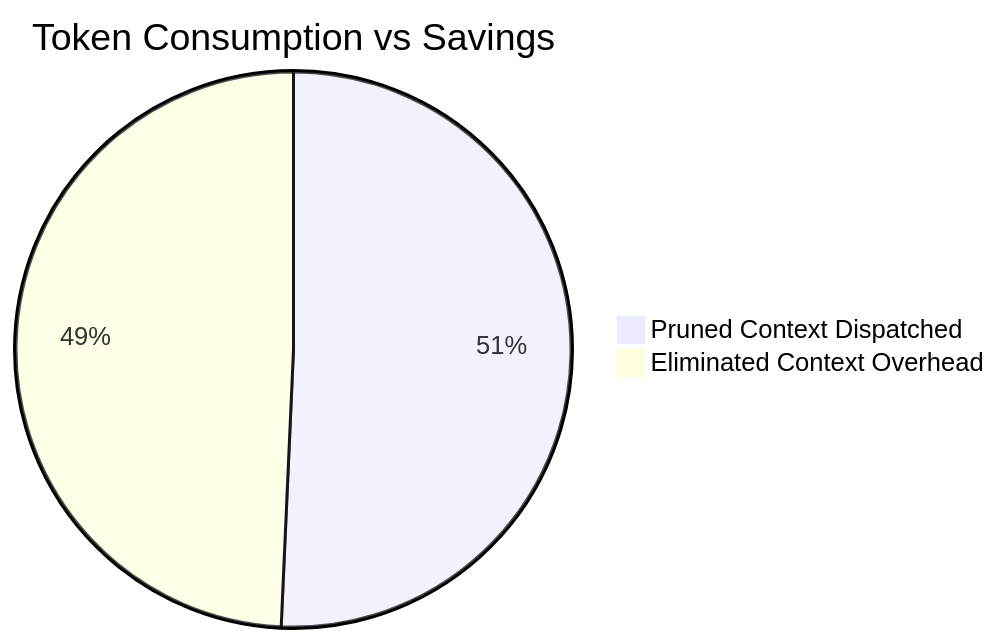
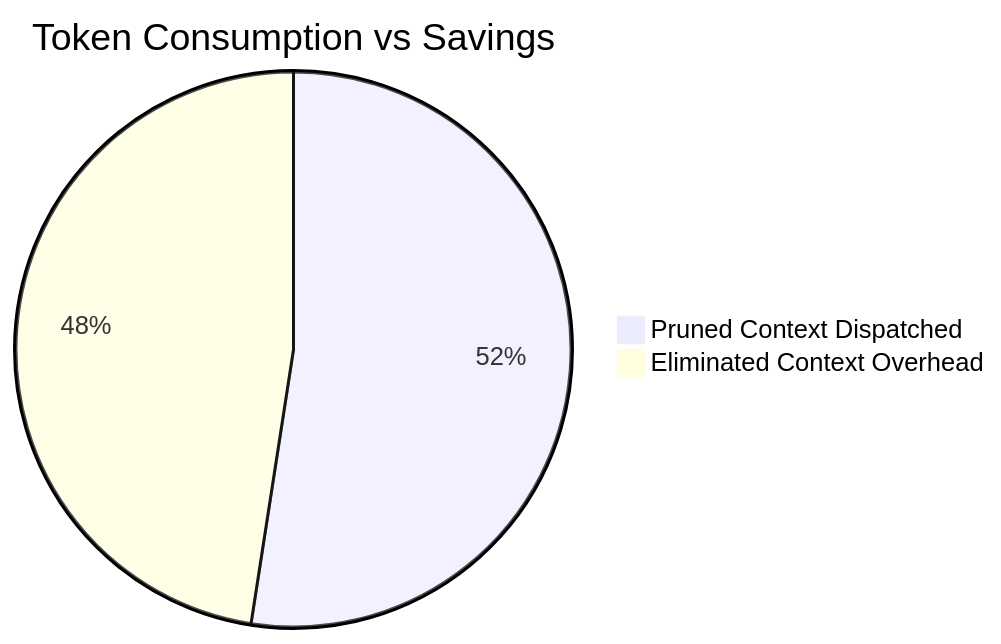
The diagram in workplace/docs/reports/token_savings_report.md (lakhwindersingh/nb_fairyfly), drawn with Mermaid before and after one commit. The commit also changed other lines of this file and 16 other files, not shown here.

````diff
--- a/workplace/docs/reports/token_savings_report.md
+++ b/workplace/docs/reports/token_savings_report.md
@@ -26,5 +26,5 @@
 ```mermaid
 pie title Token Consumption vs Savings
-    "Pruned Context Dispatched" : 84088
-    "Eliminated Context Overhead" : 81745
+    "Pruned Context Dispatched" : 127207
+    "Eliminated Context Overhead" : 115336
 ```
````
